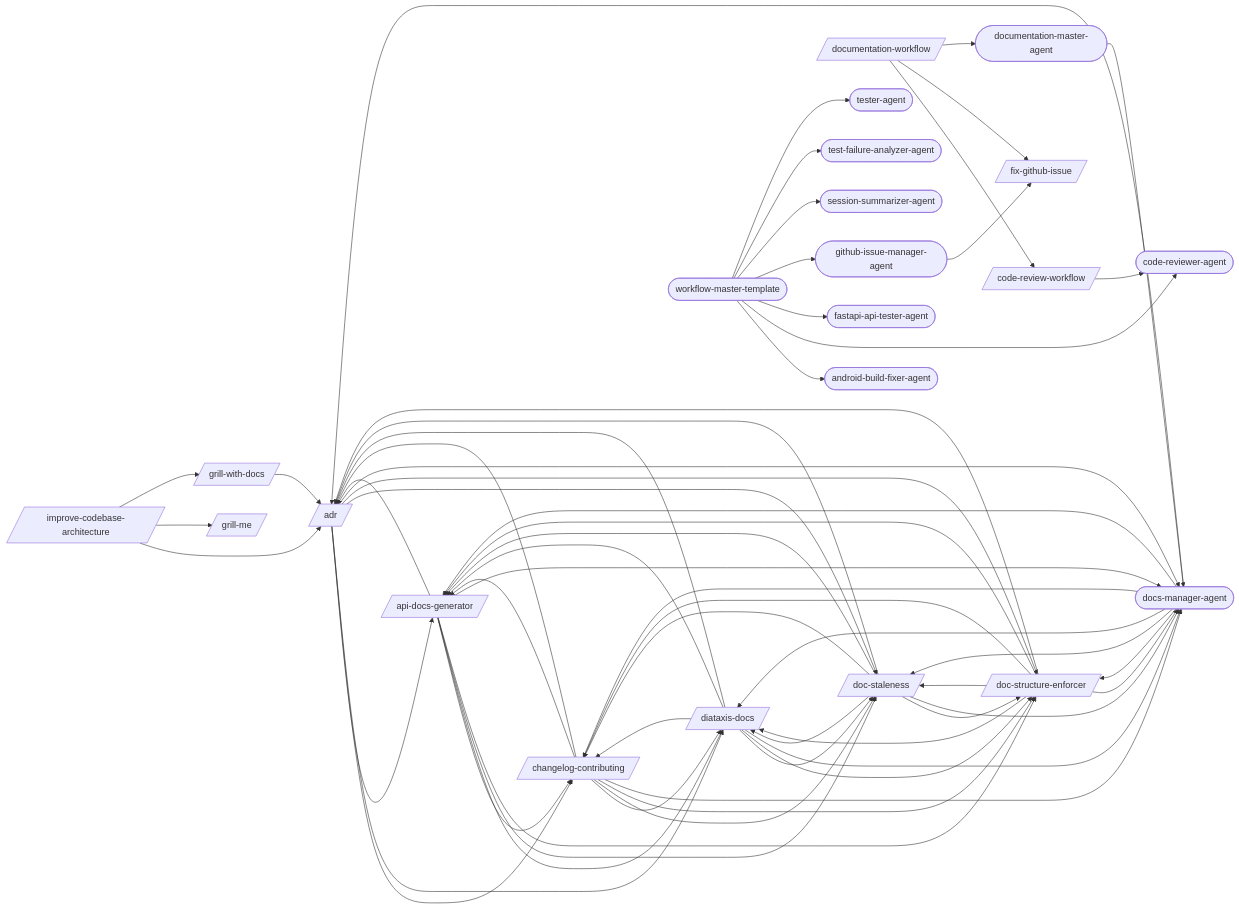
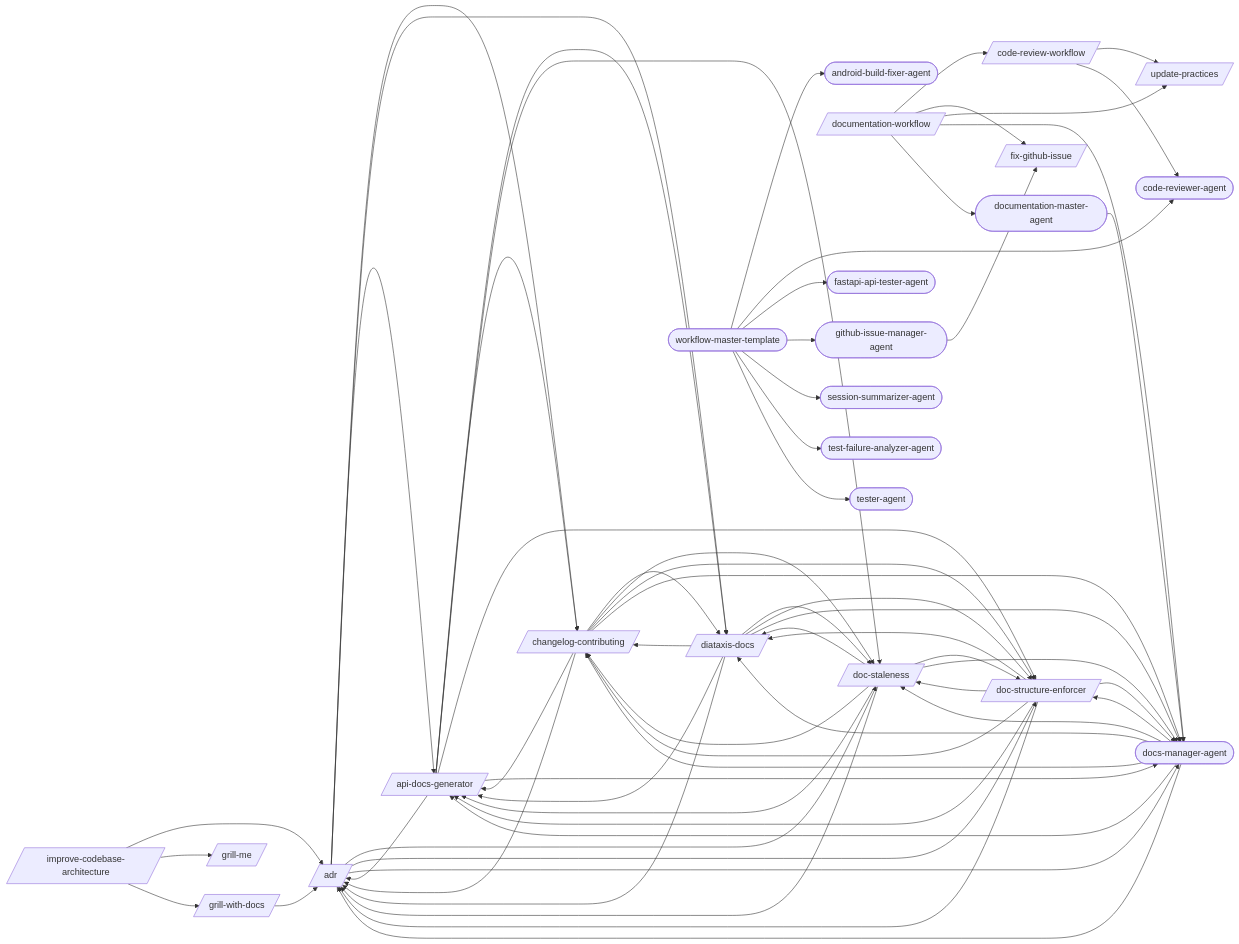
The first of 17 diagrams in docs/workflows/documentation.md (abhayla/claude-best-practices), drawn with Mermaid before and after one commit. The commit also changed other lines of this file and 12 other files, not shown here.

```diff
--- a/docs/workflows/documentation.md
+++ b/docs/workflows/documentation.md
@@ -20,6 +20,7 @@
     grill_me[/grill-me/]
     grill_with_docs[/grill-with-docs/]
     improve_codebase_architecture[/improve-codebase-architecture/]
+    update_practices[/update-practices/]
     android_build_fixer_agent([android-build-fixer-agent])
     code_reviewer_agent([code-reviewer-agent])
     docs_manager_agent([docs-manager-agent])
@@ -48,6 +49,7 @@
     changelog_contributing --> doc_staleness
     changelog_contributing --> doc_structure_enforcer
     changelog_contributing --> docs_manager_agent
+    code_review_workflow --> update_practices
     code_review_workflow --> code_reviewer_agent
     diataxis_docs --> adr
     diataxis_docs --> api_docs_generator
@@ -69,6 +71,8 @@
     doc_structure_enforcer --> docs_manager_agent
     documentation_workflow --> code_review_workflow
     documentation_workflow --> fix_github_issue
+    documentation_workflow --> update_practices
+    documentation_workflow --> docs_manager_agent
     documentation_workflow --> documentation_master_agent
     grill_with_docs --> adr
     improve_codebase_architecture --> adr
```
